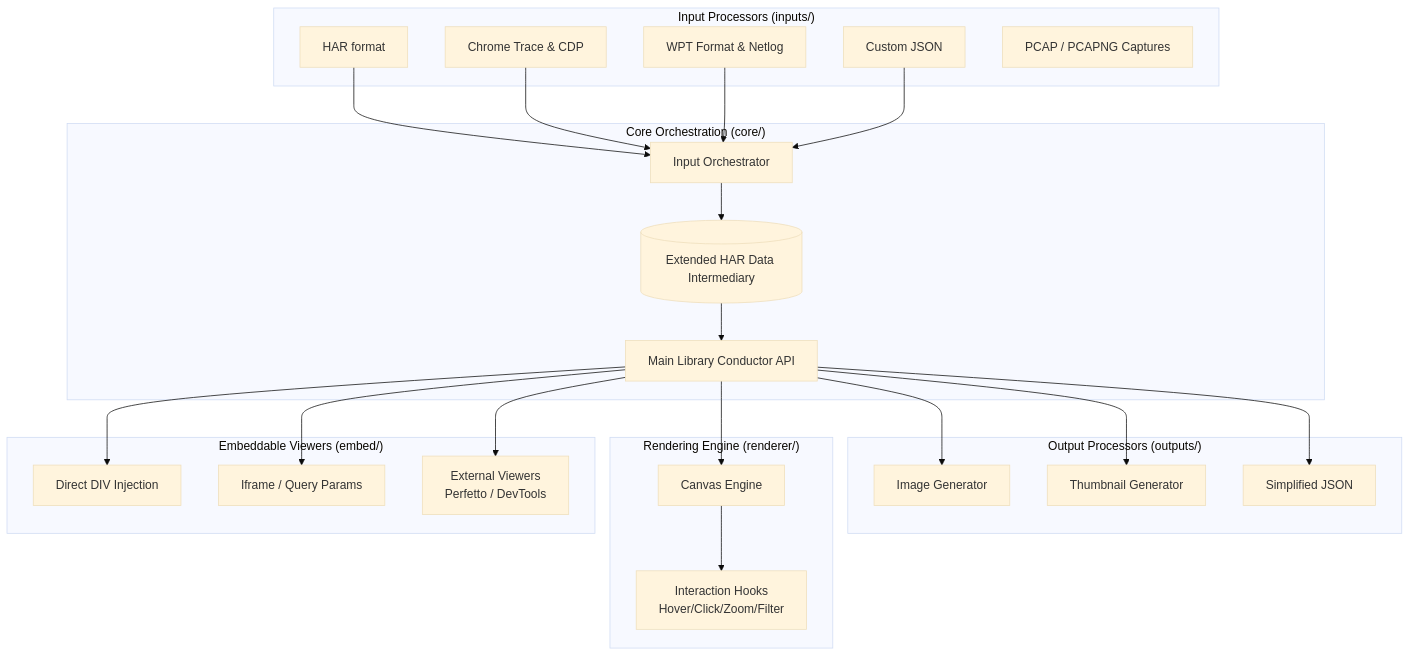
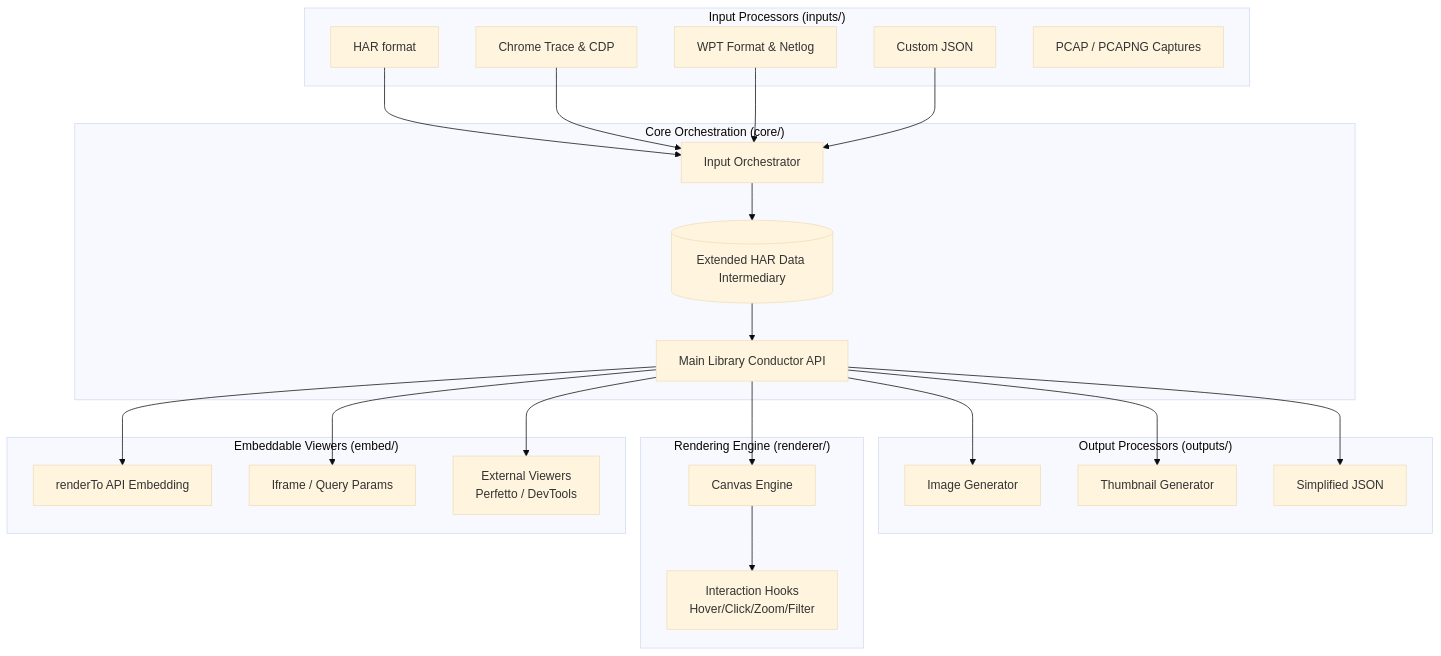
Before and after one commit to pmeenan/waterfall-tools: the diagram in Docs/Architecture.md, drawn with Mermaid (base theme). The commit also changed other lines of this file and 8 other files, not shown here.

````diff
--- a/Docs/Architecture.md
+++ b/Docs/Architecture.md
@@ -14,56 +14,56 @@
 ```mermaid
 graph TD
     %% Inputs
     subgraph Inputs ["Input Processors (inputs/)"]
         HARv1[HAR format]
         ChromeTrace[Chrome Trace & CDP]
         WPT[WPT Format & Netlog]
         Custom[Custom JSON]
         Tcpdump[PCAP / PCAPNG Captures]
     end
 
     %% Orchestrator
     subgraph Core ["Core Orchestration (core/)"]
         Orchestrator[Input Orchestrator]
         HAR_Ext[(Extended HAR Data Intermediary)]
         Conductor[Main Library Conductor API]
     end
 
     %% Outputs & Viewers
     subgraph Processors ["Output Processors (outputs/)"]
         ImageGen[Image Generator]
         ThumbGen[Thumbnail Generator]
         JSONGen[Simplified JSON]
     end
 
     subgraph Renderer ["Rendering Engine (renderer/)"]
         Canvas[Canvas Engine]
         Interactions[Interaction Hooks <br/> Hover/Click/Zoom/Filter]
     end
 
     subgraph Embed ["Embeddable Viewers (embed/)"]
-        DirectDIV[Direct DIV Injection]
+        DirectEmbed[renderTo API Embedding]
         Iframe[Iframe / Query Params]
         External[External Viewers <br/> Perfetto / DevTools]
     end
 
     %% Connections
     HARv1 --> Orchestrator
     ChromeTrace --> Orchestrator
     WPT --> Orchestrator
     Custom --> Orchestrator
     
     Orchestrator --> HAR_Ext
     HAR_Ext --> Conductor
     
     Conductor --> ImageGen
     Conductor --> ThumbGen
     Conductor --> JSONGen
     
     Conductor --> Canvas
     Canvas --> Interactions
     
-    Conductor --> DirectDIV
+    Conductor --> DirectEmbed
     Conductor --> Iframe
     Conductor --> External
 ```
````
